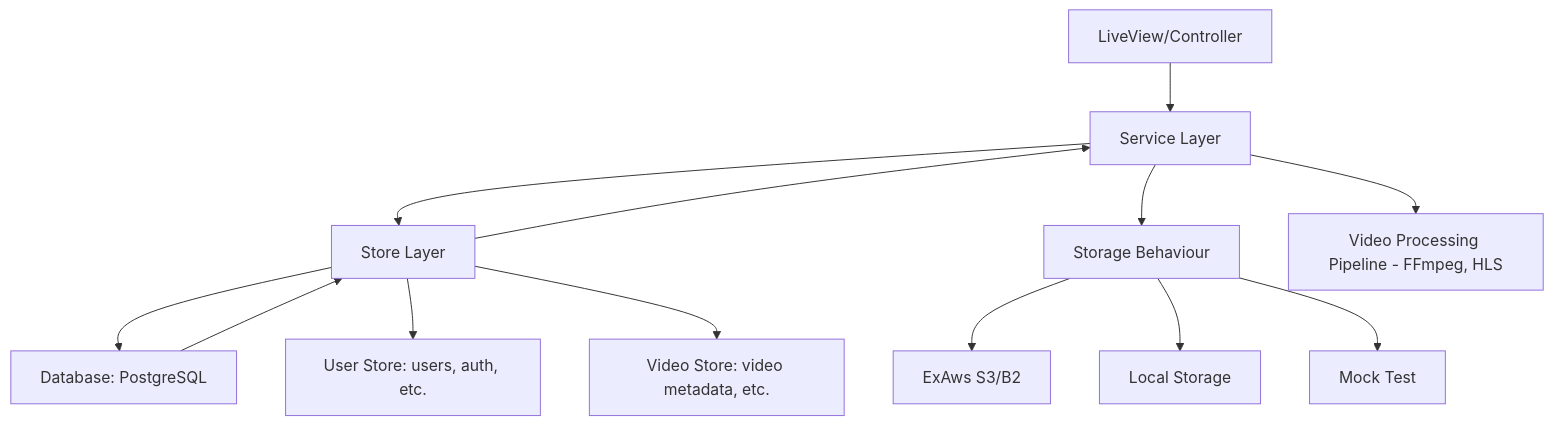
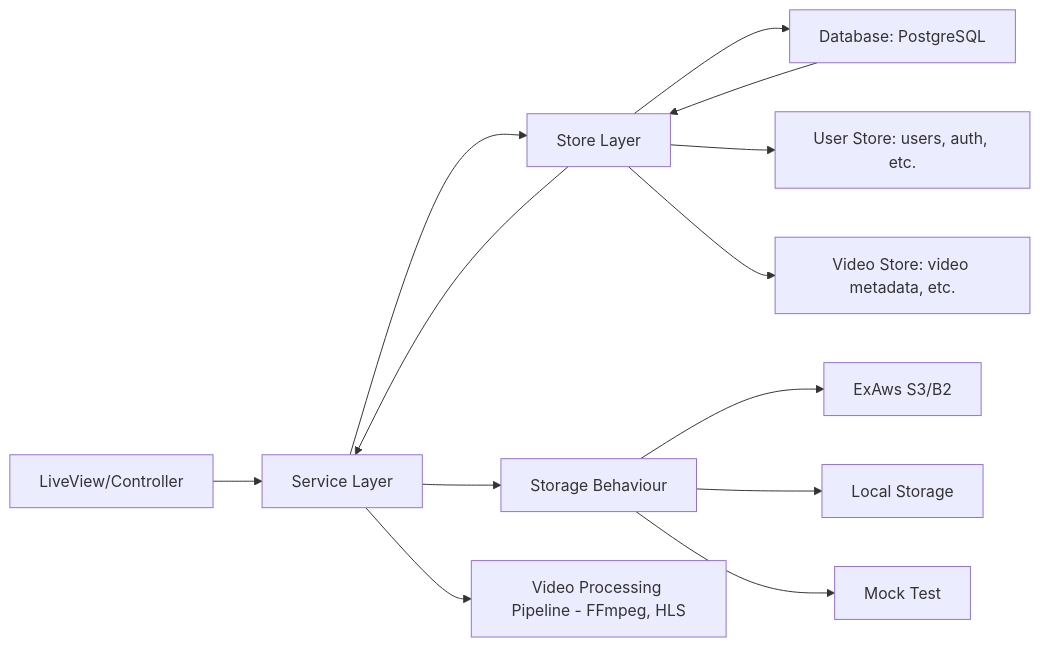
Before and after one commit to RafaoCarvalh0/netflixir: the diagram in README.md, drawn with Mermaid.

````diff
--- a/README.md
+++ b/README.md
@@ -48,15 +48,15 @@
 ```mermaid
-flowchart TD
+flowchart LR
     A[LiveView/Controller] --> B[Service Layer]
     B --> C[Store Layer]
     C --> B
     C --> D[Database: PostgreSQL]
     D --> C
     C --> E[User Store: users, auth, etc.]
     C --> F[Video Store: video metadata, etc.]
     B --> G[Storage Behaviour]
     G --> H[ExAws S3/B2]
     G --> I[Local Storage]
     G --> J[Mock Test]
     B --> K[Video Processing Pipeline - FFmpeg, HLS]
 ```
````
